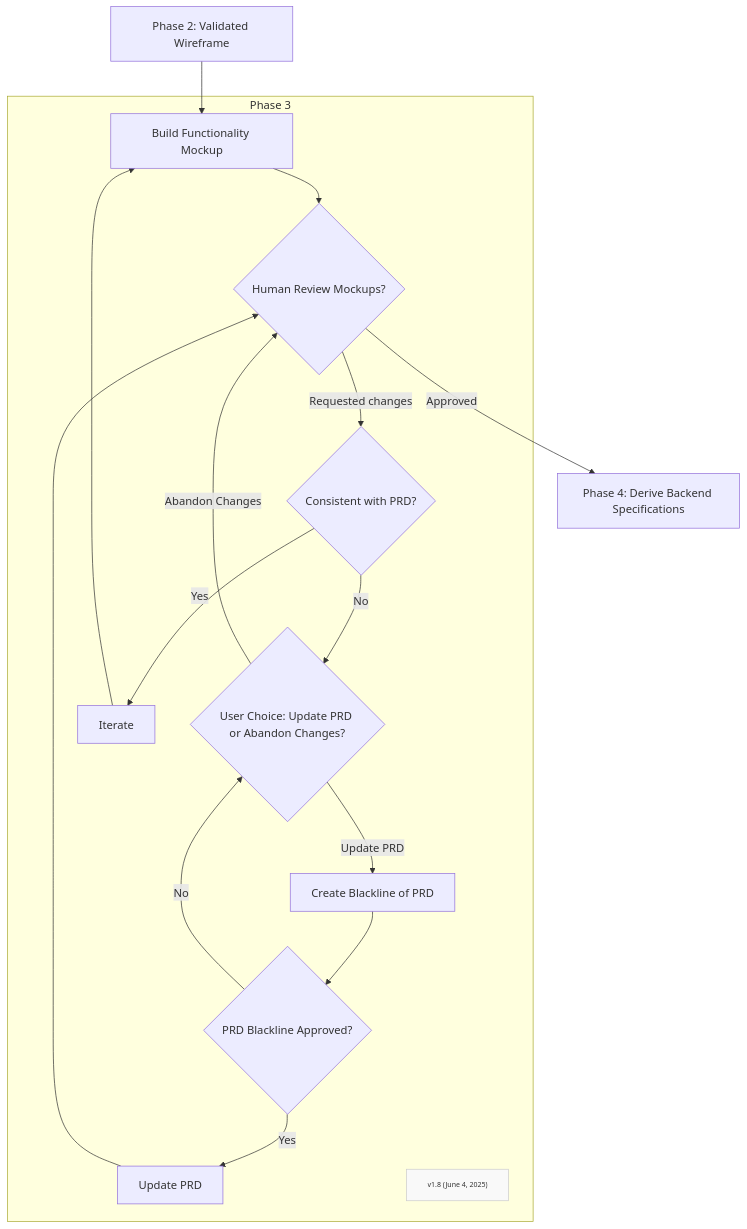
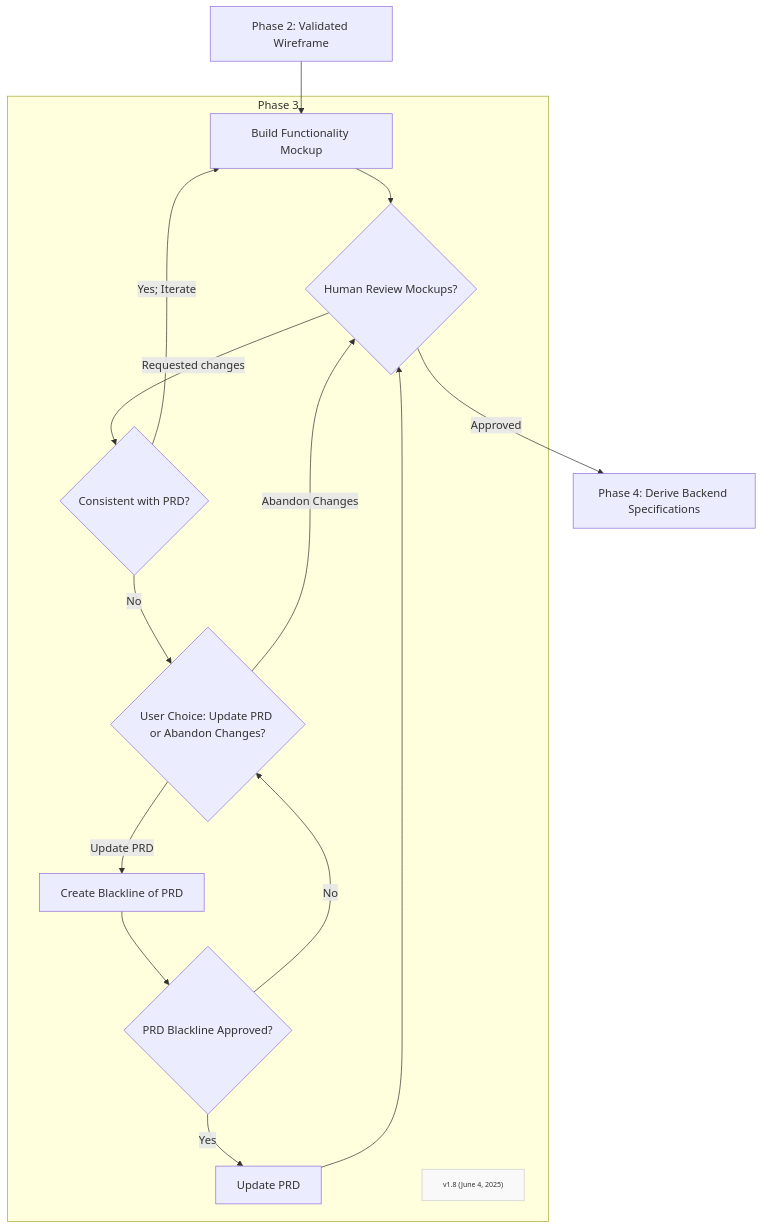
Before and after one commit to Mharbulous/Front-First-Method: the diagram in Phases/FF-phase3.md, drawn with Mermaid.

Commit message:
refine phase 3 workflow

````diff
--- a/Phases/FF-phase3.md
+++ b/Phases/FF-phase3.md
@@ -2,29 +2,28 @@
 ```mermaid
 graph TD
     B1["Phase 2: Validated Wireframe"] --> B2["Build Functionality Mockup"]
 
     subgraph Phase3["Phase 3"]
         B2 --> B2_Val{"Human Review Mockups?"}
         
         B2_Val -->|Requested changes|Consistent_Val{"Consistent with PRD?"}
         
         
         Consistent_Val -->|No| B2_User_Choice{"User Choice: Update PRD or Abandon Changes?"}
-        Consistent_Val -->|Yes| Iterate
-        Iterate --> B2
+        Consistent_Val -->|Yes; Iterate|B2
 
 
         B2_User_Choice -->|Update PRD| B2_PRD_Update["Create Blackline of PRD"]
         B2_User_Choice -->|Abandon Changes| B2_Val
         B2_PRD_Approved -->|Yes| B3["Update PRD"]
         B2_PRD_Update --> B2_PRD_Approved{"PRD Blackline Approved?"}
         B2_PRD_Approved -->|No| B2_User_Choice        
         B3 --> B2_Val
 
         Version["v1.8 (June 4, 2025)"]
         classDef version fill:#f9f9f9,stroke:#ccc,font-size:10px
         class Version version
     end
 
     B2_Val -->|Approved| Phase4["Phase 4: Derive Backend Specifications"]
 ```
````
